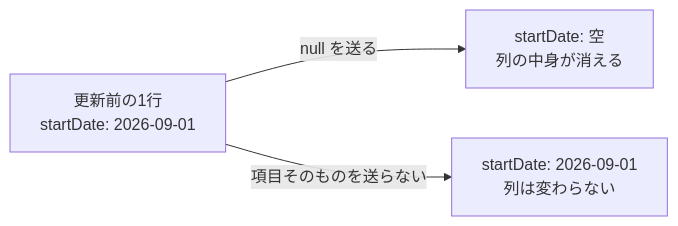
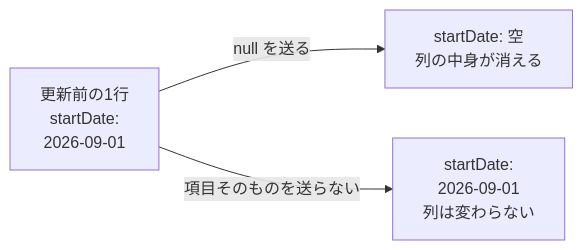
The second of 3 diagrams in material/30days-curriculum/day11_プロジェクト編集・削除.md (kouiso/task-app), drawn with Mermaid before and after one commit. The commit also changed other lines of this file and 24 other files, not shown here.

First line of the commit message:
fix(material): Mermaid 図のファイル名キャプションとノード途中折れを直す (#457) (#718)

````diff
--- a/material/30days-curriculum/day11_プロジェクト編集・削除.md
+++ b/material/30days-curriculum/day11_プロジェクト編集・削除.md
@@ -749,6 +749,6 @@
 ```mermaid
 flowchart LR
-    BEFORE["更新前の1行<br/>startDate: 2026-09-01"]
+    BEFORE["更新前の1行<br/>startDate:<br/>2026-09-01"]
     BEFORE -->|"null を送る"| AFTER1["startDate: 空<br/>列の中身が消える"]
-    BEFORE -->|"項目そのものを送らない"| AFTER2["startDate: 2026-09-01<br/>列は変わらない"]
+    BEFORE -->|"項目そのものを送らない"| AFTER2["startDate:<br/>2026-09-01<br/>列は変わらない"]
 ```
````
